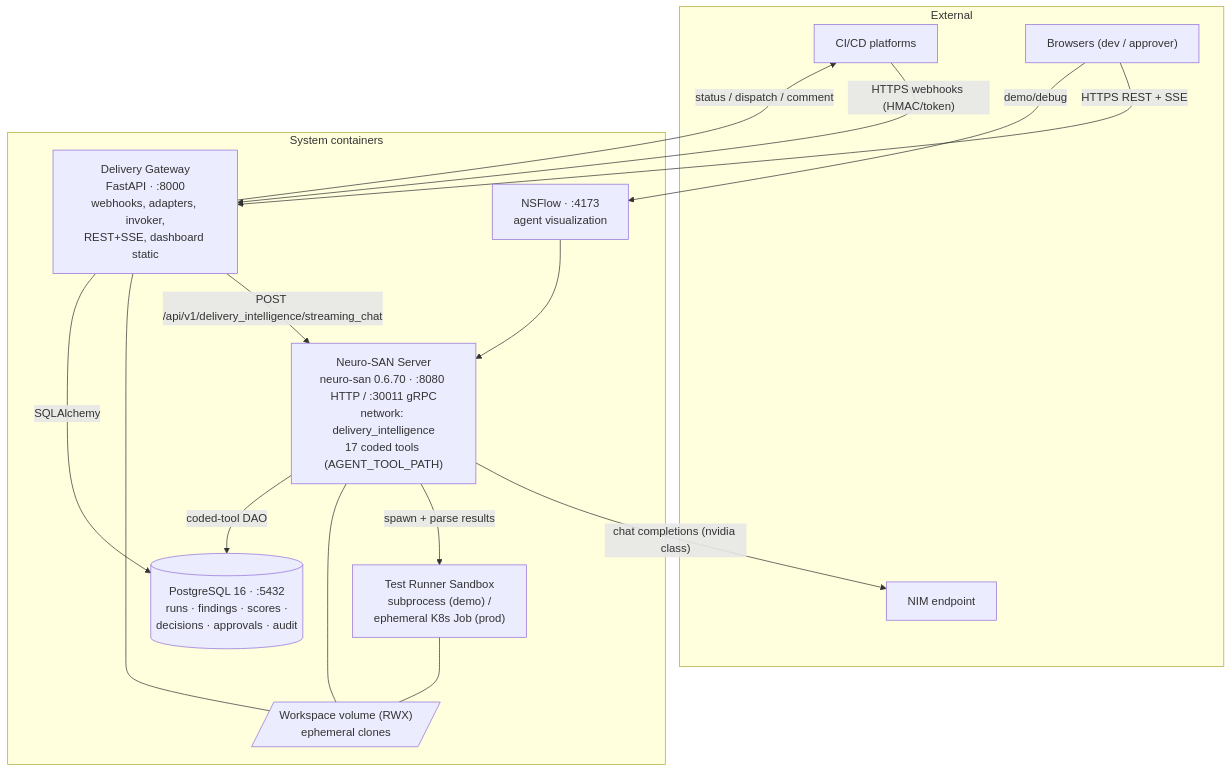
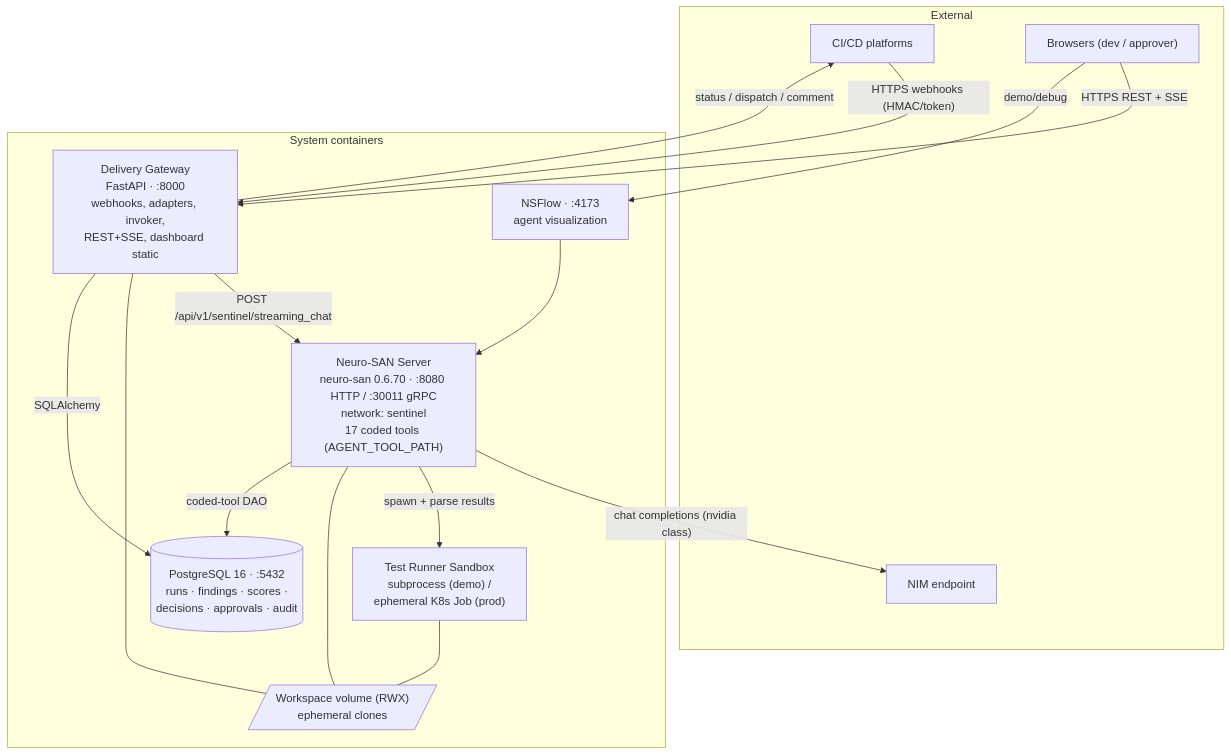
Before and after one commit to anandharshit712/Sentinel: the second of 6 diagrams in docs/solution/05-architecture-diagram.md, drawn with Mermaid. The commit also changed other lines of this file and 37 other files, not shown here.

````diff
--- a/docs/solution/05-architecture-diagram.md
+++ b/docs/solution/05-architecture-diagram.md
@@ -54,31 +54,31 @@
 ```mermaid
 flowchart TB
     subgraph EXT["External"]
         CI["CI/CD platforms"]
         USERS["Browsers (dev / approver)"]
         NIMX["NIM endpoint"]
     end
 
     subgraph SYSTEM["System containers"]
         GW["Delivery Gateway<br/>FastAPI · :8000<br/>webhooks, adapters, invoker,<br/>REST+SSE, dashboard static"]
-        NS["Neuro-SAN Server<br/>neuro-san 0.6.70 · :8080 HTTP / :30011 gRPC<br/>network: delivery_intelligence<br/>17 coded tools (AGENT_TOOL_PATH)"]
+        NS["Neuro-SAN Server<br/>neuro-san 0.6.70 · :8080 HTTP / :30011 gRPC<br/>network: sentinel<br/>17 coded tools (AGENT_TOOL_PATH)"]
         RUN["Test Runner Sandbox<br/>subprocess (demo) /<br/>ephemeral K8s Job (prod)"]
         NF["NSFlow · :4173<br/>agent visualization"]
         PG[("PostgreSQL 16 · :5432<br/>runs · findings · scores ·<br/>decisions · approvals · audit")]
         WS[/"Workspace volume (RWX)<br/>ephemeral clones"/]
     end
 
     CI -->|"HTTPS webhooks (HMAC/token)"| GW
-    GW -->|"POST /api/v1/delivery_intelligence/streaming_chat"| NS
+    GW -->|"POST /api/v1/sentinel/streaming_chat"| NS
     NS -->|"chat completions (nvidia class)"| NIMX
     NS -->|"spawn + parse results"| RUN
     RUN --- WS
     GW --- WS
     NS --- WS
     GW -->|"SQLAlchemy"| PG
     NS -->|"coded-tool DAO"| PG
     USERS -->|"HTTPS REST + SSE"| GW
     USERS -->|"demo/debug"| NF
     NF --> NS
     GW -->|"status / dispatch / comment"| CI
 ```
````
